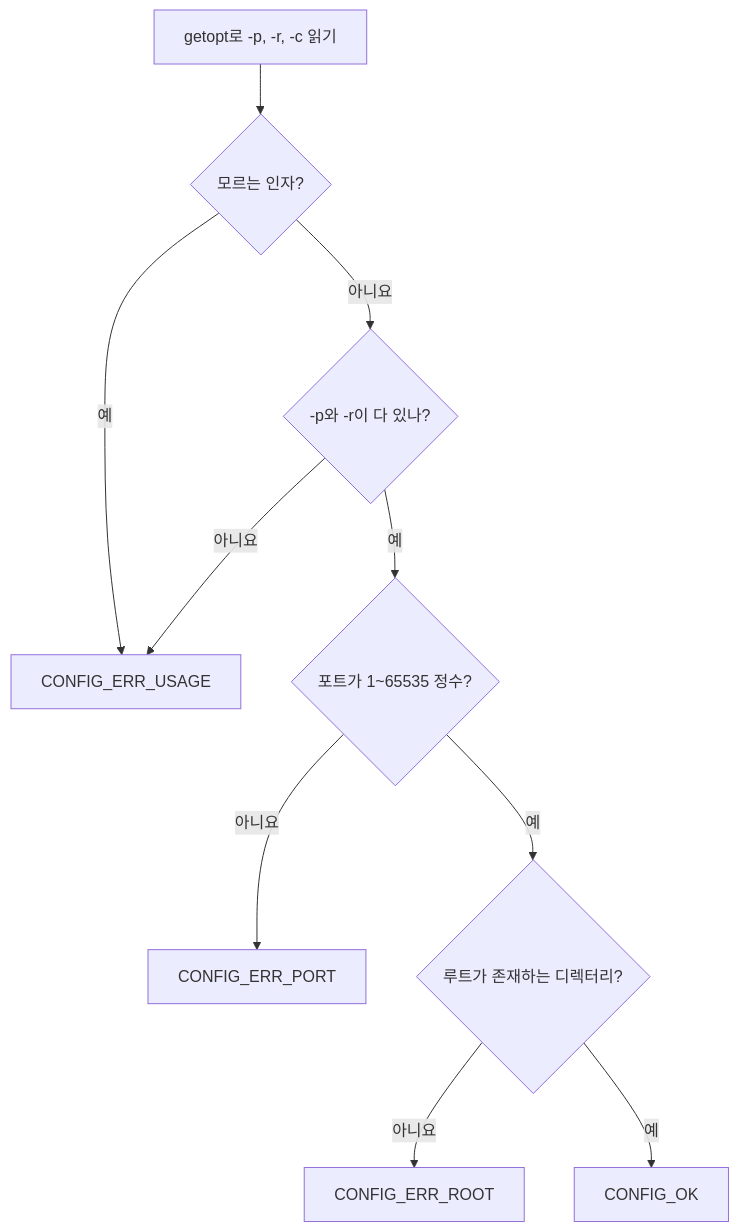
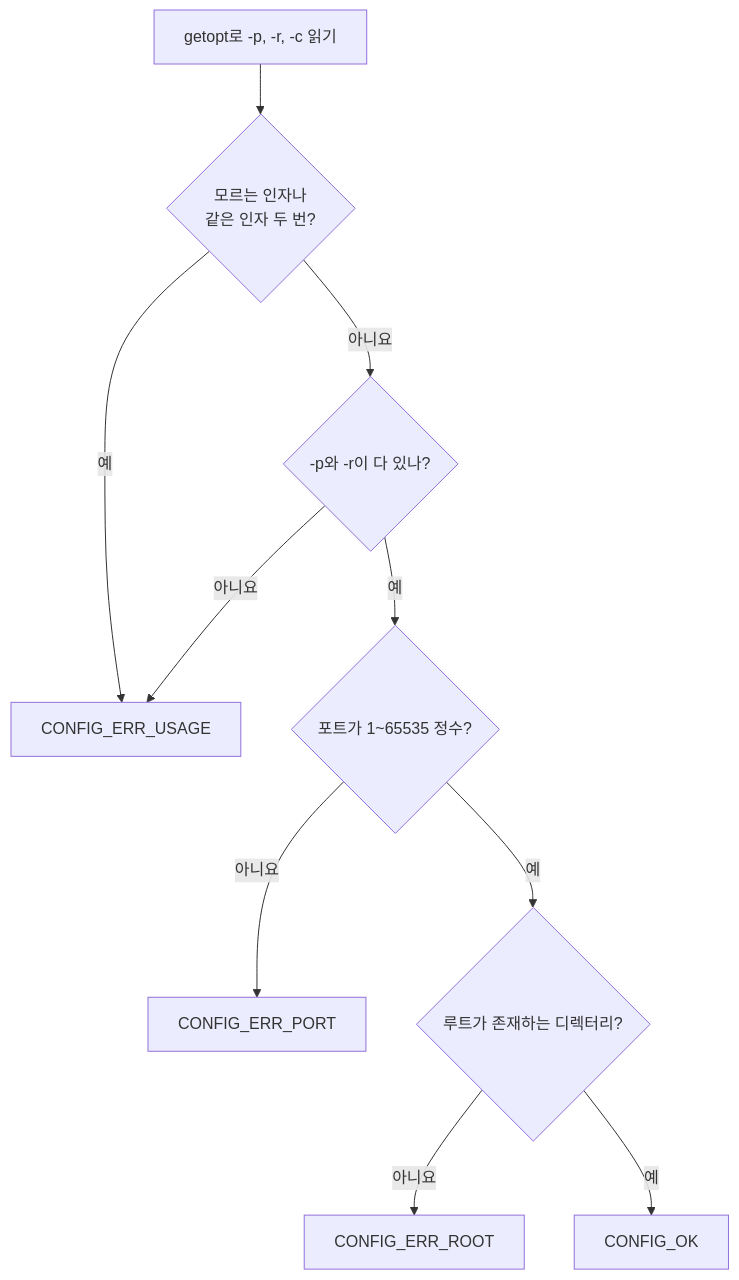
One commit to hnjee/mini-webserver changed the diagram in docs/design/step0.md. Above: the diagram before and after it, drawn with Mermaid. The commit also changed other lines of this file and 9 other files, not shown here.

````diff
--- a/docs/design/step0.md
+++ b/docs/design/step0.md
@@ -55,12 +123,12 @@
 ```mermaid
 flowchart TD
-    A["getopt로 -p, -r, -c 읽기"] --> B{"모르는 인자?"}
+    A["getopt로 -p, -r, -c 읽기"] --> B{"모르는 인자나<br/>같은 인자 두 번?"}
     B -- 예 --> U["CONFIG_ERR_USAGE"]
     B -- 아니요 --> C{"-p와 -r이 다 있나?"}
     C -- 아니요 --> U
     C -- 예 --> D{"포트가 1~65535 정수?"}
     D -- 아니요 --> P["CONFIG_ERR_PORT"]
     D -- 예 --> E{"루트가 존재하는 디렉터리?"}
     E -- 아니요 --> R["CONFIG_ERR_ROOT"]
     E -- 예 --> OK["CONFIG_OK"]
 ```
````
